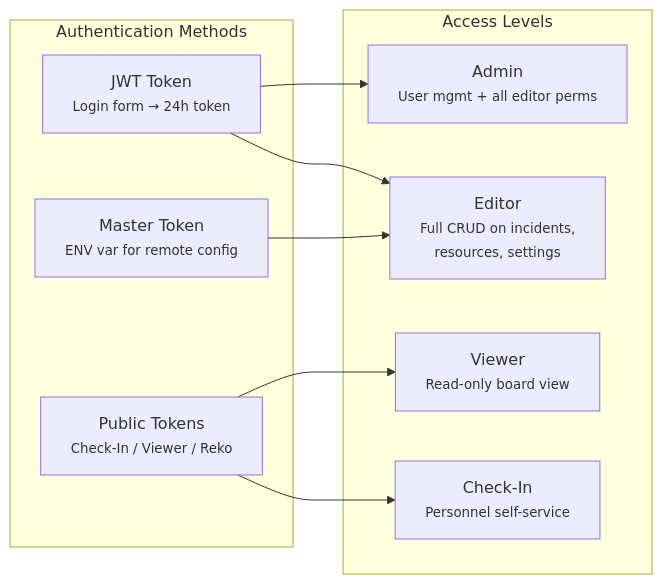
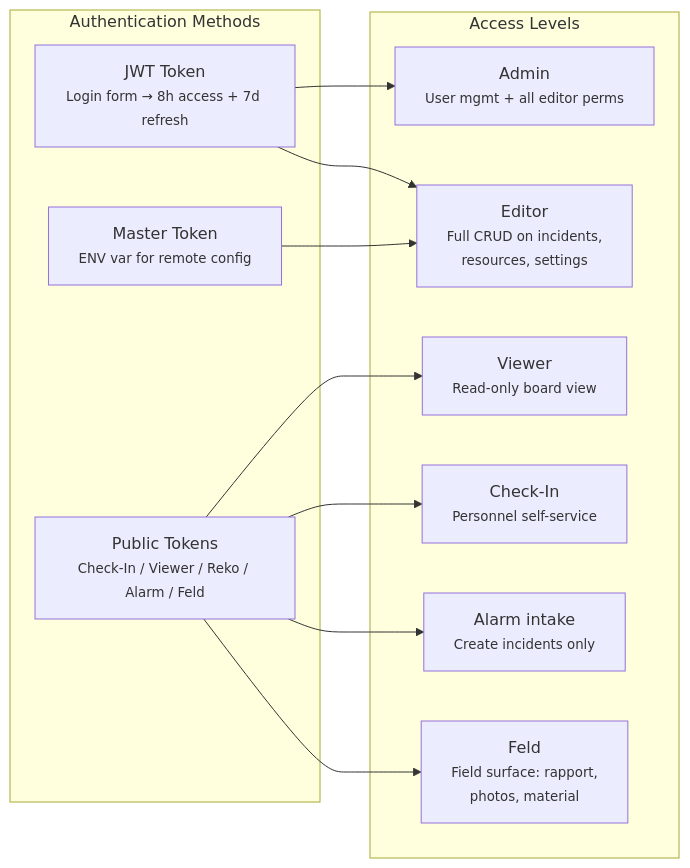
Before and after one commit to feuerwehr-oberwil/kp-rueck: the tenth of 10 diagrams in docs/ARCHITECTURE.md, drawn with Mermaid. The commit also changed other lines of this file and 6 other files, not shown here.

````diff
--- a/docs/ARCHITECTURE.md
+++ b/docs/ARCHITECTURE.md
@@ -428,21 +441,25 @@
 ```mermaid
 graph LR
     subgraph auth["Authentication Methods"]
-        jwt["JWT Token<br/><small>Login form → 24h token</small>"]
+        jwt["JWT Token<br/><small>Login form → 8h access + 7d refresh</small>"]
         master["Master Token<br/><small>ENV var for remote config</small>"]
-        public_token["Public Tokens<br/><small>Check-In / Viewer / Reko</small>"]
+        public_token["Public Tokens<br/><small>Check-In / Viewer / Reko / Alarm / Feld</small>"]
     end
 
     subgraph roles["Access Levels"]
         admin["Admin<br/><small>User mgmt + all editor perms</small>"]
         editor["Editor<br/><small>Full CRUD on incidents,<br/>resources, settings</small>"]
         viewer["Viewer<br/><small>Read-only board view</small>"]
         checkin["Check-In<br/><small>Personnel self-service</small>"]
+        intake["Alarm intake<br/><small>Create incidents only</small>"]
+        feld["Feld<br/><small>Field surface: rapport,<br/>photos, material</small>"]
     end
 
     jwt --> admin
     jwt --> editor
     master --> editor
     public_token --> viewer
     public_token --> checkin
+    public_token --> intake
+    public_token --> feld
 ```
````
